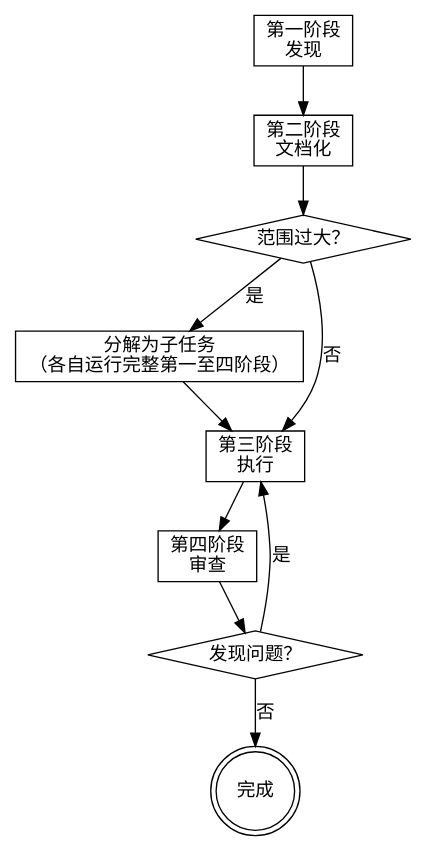
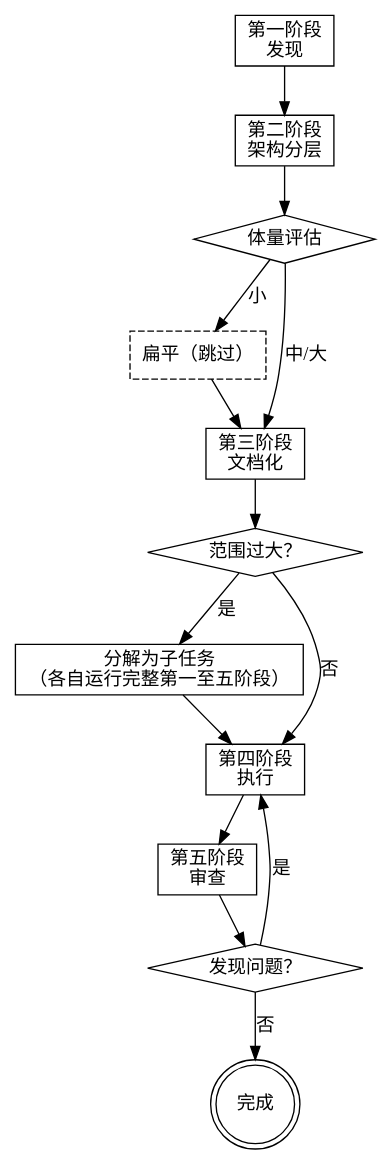
Before and after one commit to J-ChenX/longtask: the diagram in SKILL.md, drawn with Graphviz. The commit also changed other lines of this file and 17 other files, not shown here.

````diff
--- a/SKILL.md
+++ b/SKILL.md
@@ -45,22 +79,29 @@
 ```dot
 digraph long_task {
     "第一阶段\n发现" [shape=box];
-    "第二阶段\n文档化" [shape=box];
+    "第二阶段\n架构分层" [shape=box];
+    "体量评估" [shape=diamond];
+    "扁平（跳过）" [shape=box style=dashed];
+    "第三阶段\n文档化" [shape=box];
     "范围过大？" [shape=diamond];
-    "分解为子任务\n（各自运行完整第一至四阶段）" [shape=box];
-    "第三阶段\n执行" [shape=box];
-    "第四阶段\n审查" [shape=box];
+    "分解为子任务\n（各自运行完整第一至五阶段）" [shape=box];
+    "第四阶段\n执行" [shape=box];
+    "第五阶段\n审查" [shape=box];
     "发现问题？" [shape=diamond];
     "完成" [shape=doublecircle];
 
-    "第一阶段\n发现" -> "第二阶段\n文档化";
-    "第二阶段\n文档化" -> "范围过大？";
-    "范围过大？" -> "分解为子任务\n（各自运行完整第一至四阶段）" [label="是"];
-    "范围过大？" -> "第三阶段\n执行" [label="否"];
-    "分解为子任务\n（各自运行完整第一至四阶段）" -> "第三阶段\n执行";
-    "第三阶段\n执行" -> "第四阶段\n审查";
-    "第四阶段\n审查" -> "发现问题？";
-    "发现问题？" -> "第三阶段\n执行" [label="是"];
+    "第一阶段\n发现" -> "第二阶段\n架构分层";
+    "第二阶段\n架构分层" -> "体量评估";
+    "体量评估" -> "扁平（跳过）" [label="小"];
+    "体量评估" -> "第三阶段\n文档化" [label="中/大"];
+    "扁平（跳过）" -> "第三阶段\n文档化";
+    "第三阶段\n文档化" -> "范围过大？";
+    "范围过大？" -> "分解为子任务\n（各自运行完整第一至五阶段）" [label="是"];
+    "范围过大？" -> "第四阶段\n执行" [label="否"];
+    "分解为子任务\n（各自运行完整第一至五阶段）" -> "第四阶段\n执行";
+    "第四阶段\n执行" -> "第五阶段\n审查";
+    "第五阶段\n审查" -> "发现问题？";
+    "发现问题？" -> "第四阶段\n执行" [label="是"];
     "发现问题？" -> "完成" [label="否"];
 }
 ```
````
